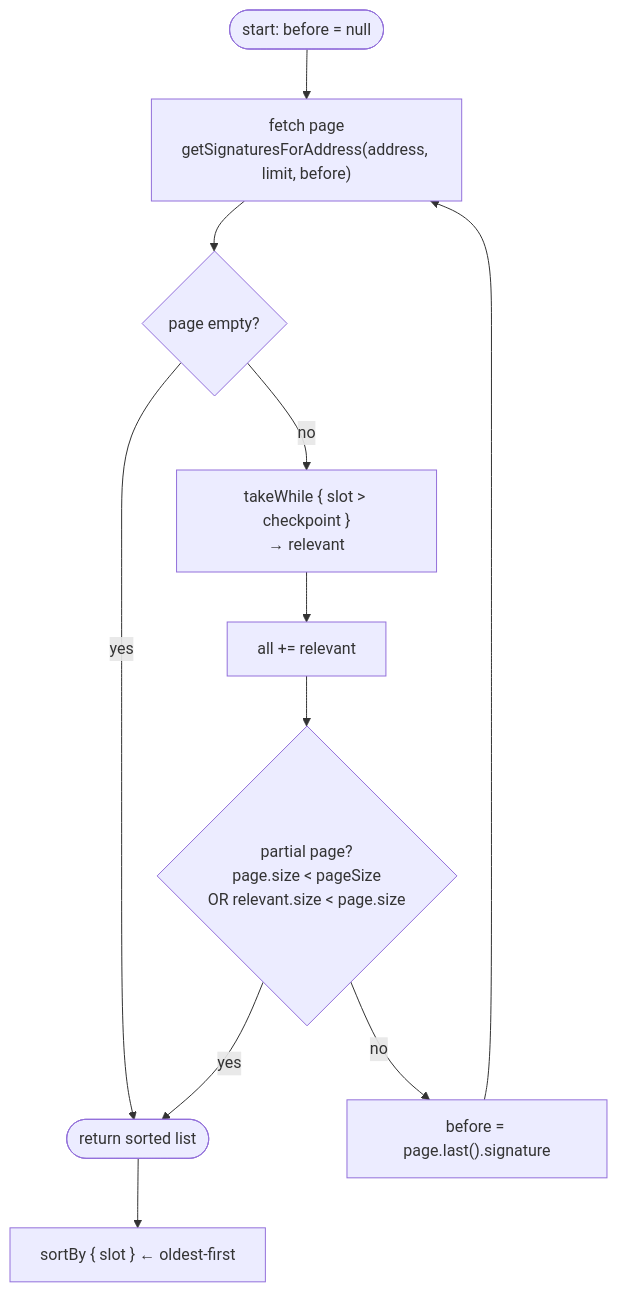
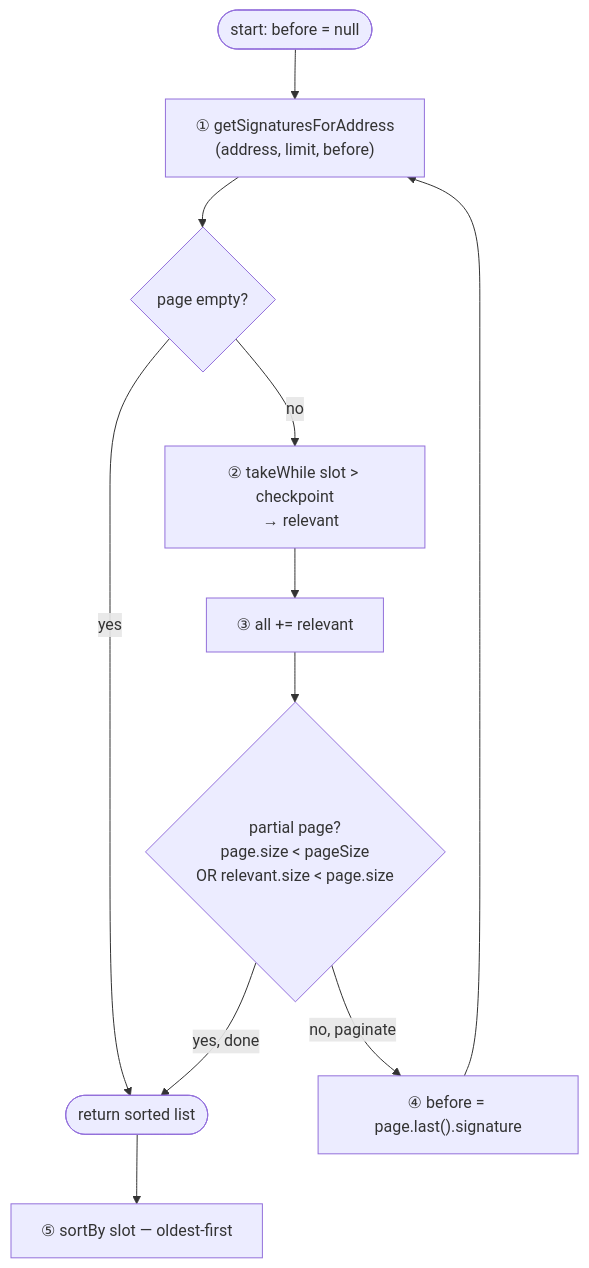
The third of 4 diagrams in docs/solana-chain-reader.md (idem-finance/idem), drawn with Mermaid before and after one commit. The commit also changed other lines of this file and 2 other files, not shown here.

````diff
--- a/docs/solana-chain-reader.md
+++ b/docs/solana-chain-reader.md
@@ -127,13 +135,13 @@
 ```mermaid
 flowchart TD
-    A([start: before = null]) --> B["fetch page\ngetSignaturesForAddress(address, limit, before)"]
+    A([start: before = null]) --> B["① getSignaturesForAddress\n   (address, limit, before)"]
     B --> C{page empty?}
     C -- yes --> Z([return sorted list])
-    C -- no --> D["takeWhile { slot > checkpoint }\n→ relevant"]
-    D --> E[all += relevant]
+    C -- no --> D["② takeWhile slot > checkpoint\n   → relevant"]
+    D --> E["③ all += relevant"]
     E --> F{partial page?\npage.size < pageSize\nOR relevant.size < page.size}
-    F -- yes --> Z
-    F -- no --> G["before = page.last().signature"]
+    F -- yes, done --> Z
+    F -- no, paginate --> G["④ before = page.last().signature"]
     G --> B
-    Z --> H["sortBy { slot }  ← oldest-first"]
+    Z --> H["⑤ sortBy slot — oldest-first"]
 ```
````
